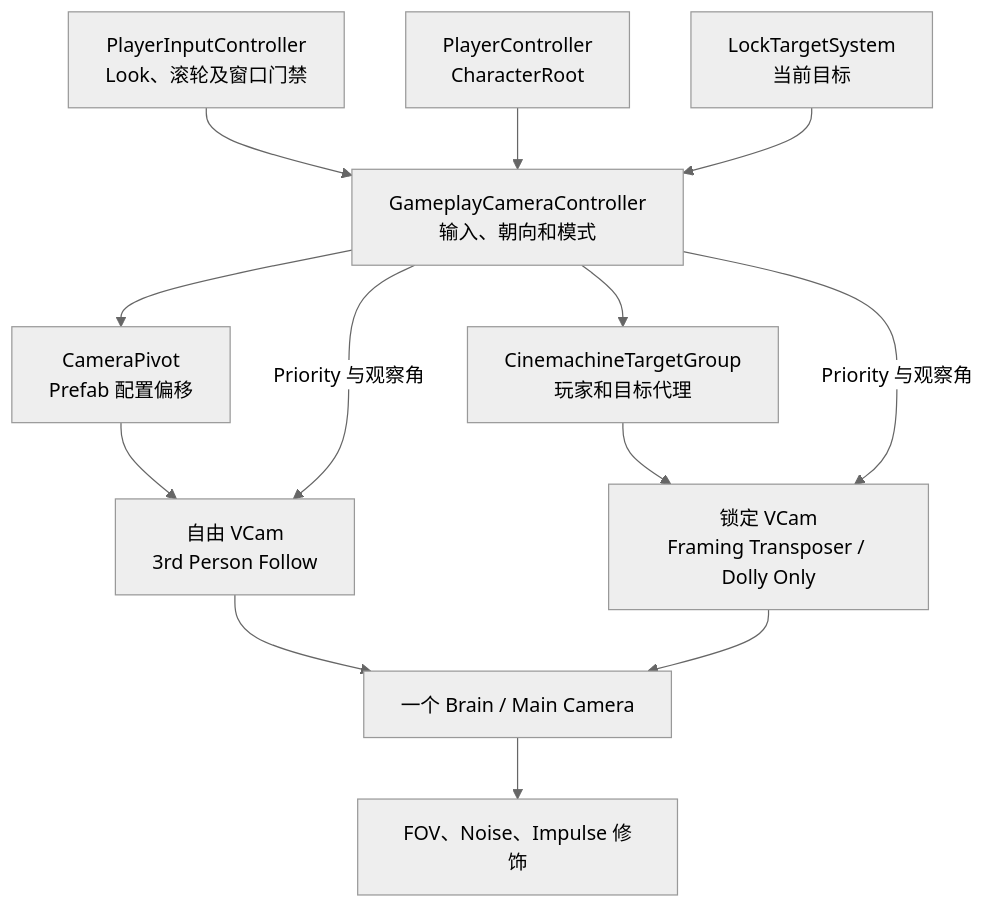
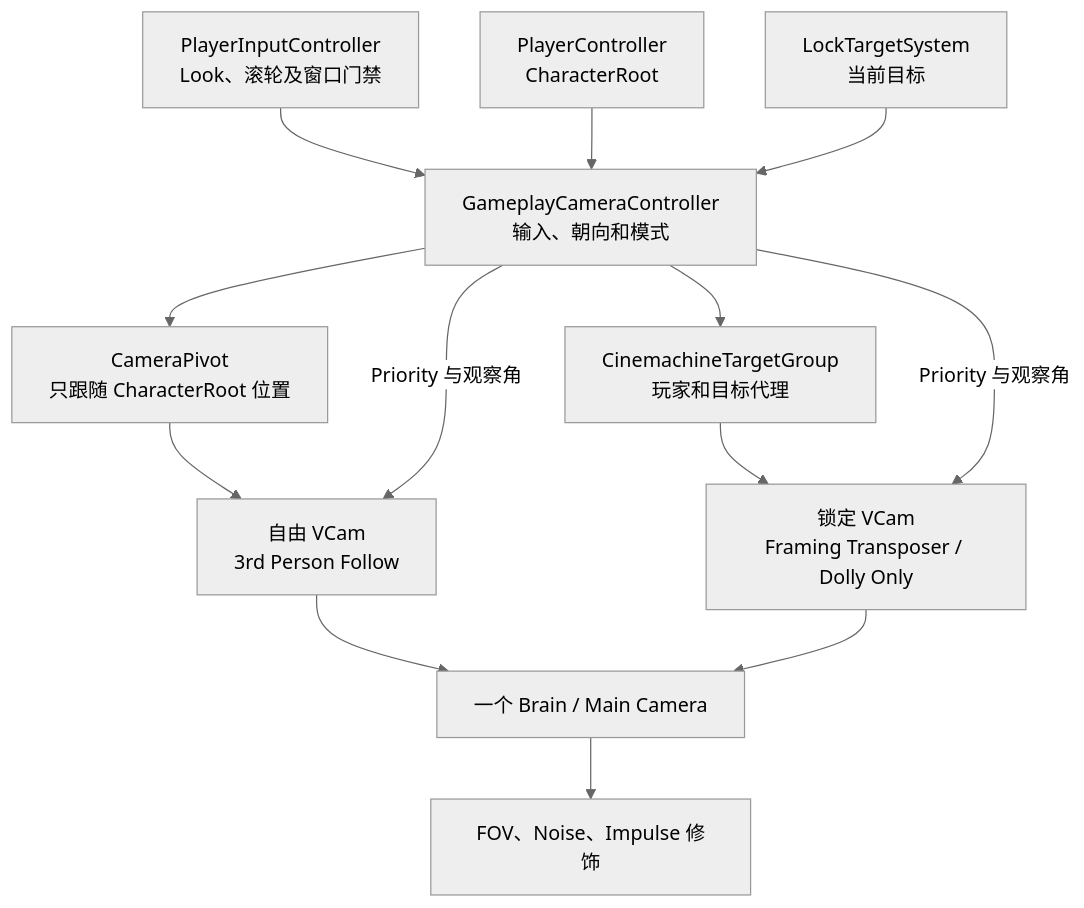
The diagram in Assets/Scripts/CameraSystem/ReadMe/GameplayCamera.md (Whitesheeeep/3DRPG), drawn with Mermaid (neutral theme) before and after one commit. The commit also changed other lines of this file and 3 other files, not shown here.

````diff
--- a/Assets/Scripts/CameraSystem/ReadMe/GameplayCamera.md
+++ b/Assets/Scripts/CameraSystem/ReadMe/GameplayCamera.md
@@ -5,26 +5,26 @@
 ```mermaid
 flowchart TD
     Input["PlayerInputController<br/>Look、滚轮及窗口门禁"]
     Player["PlayerController<br/>CharacterRoot"]
     Lock["LockTargetSystem<br/>当前目标"]
     Controller["GameplayCameraController<br/>输入、朝向和模式"]
-    Pivot["CameraPivot<br/>Prefab 配置偏移"]
+    Pivot["CameraPivot<br/>只跟随 CharacterRoot 位置"]
     Group["CinemachineTargetGroup<br/>玩家和目标代理"]
     Free["自由 VCam<br/>3rd Person Follow"]
     Locked["锁定 VCam<br/>Framing Transposer / Dolly Only"]
     Brain["一个 Brain / Main Camera"]
     Mods["FOV、Noise、Impulse 修饰"]
 
     Input --> Controller
     Player --> Controller
     Lock --> Controller
     Controller --> Pivot
     Controller --> Group
     Pivot --> Free
     Group --> Locked
     Controller -->|Priority 与观察角| Free
     Controller -->|Priority 与观察角| Locked
     Free --> Brain
     Locked --> Brain
     Brain --> Mods
 ```
````
